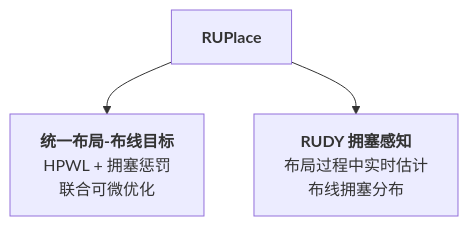
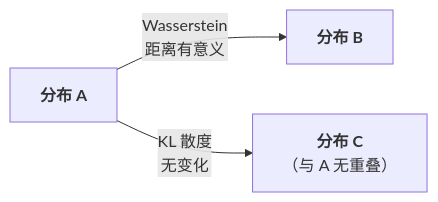
The second of 4 diagrams in paper_analysis/day08_RUPlace_Routability_Placement/day8_RUPlace_Routability_Placement.md (Xinyu-lumos/EDA-paper-analysis), drawn with Mermaid before and after one commit. The commit also changed other lines of this file and 1 other file, not shown here.

Commit message:
docs: rewrite Day 8 RUPlace analysis with full paper coverage (ADMM+Wasserstein+bilevel)

````diff
--- a/paper_analysis/day08_RUPlace_Routability_Placement/day8_RUPlace_Routability_Placement.md
+++ b/paper_analysis/day08_RUPlace_Routability_Placement/day8_RUPlace_Routability_Placement.md
@@ -74,5 +132,5 @@
 ```mermaid
-graph TD
-    A["<b>RUPlace</b>"] --> B["<b>统一布局-布线目标</b><br/>HPWL + 拥塞惩罚<br/>联合可微优化"]
-    A --> C["<b>RUDY 拥塞感知</b><br/>布局过程中实时估计<br/>布线拥塞分布"]
+graph LR
+    A["<b>分布 A</b>"] -->|"Wasserstein<br/>距离有意义"| B["<b>分布 B</b>"]
+    A -->|"KL 散度<br/>无变化"| C["<b>分布 C</b><br/>（与 A 无重叠）"]
 ```
````
